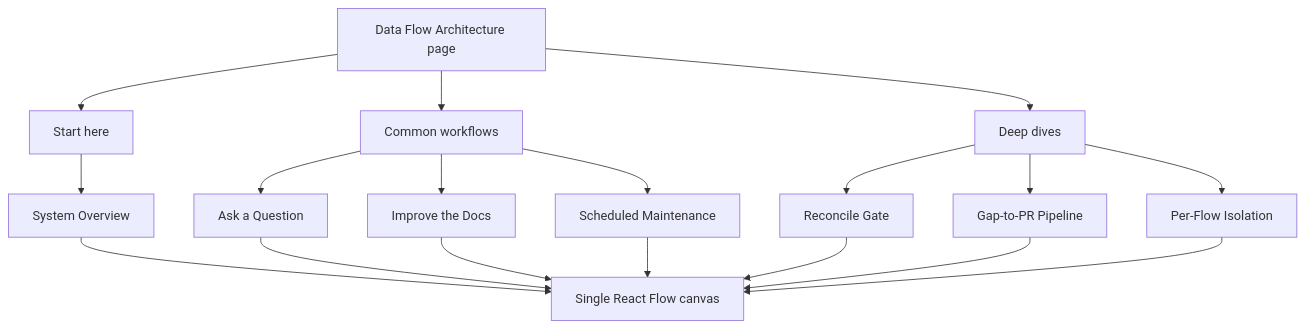
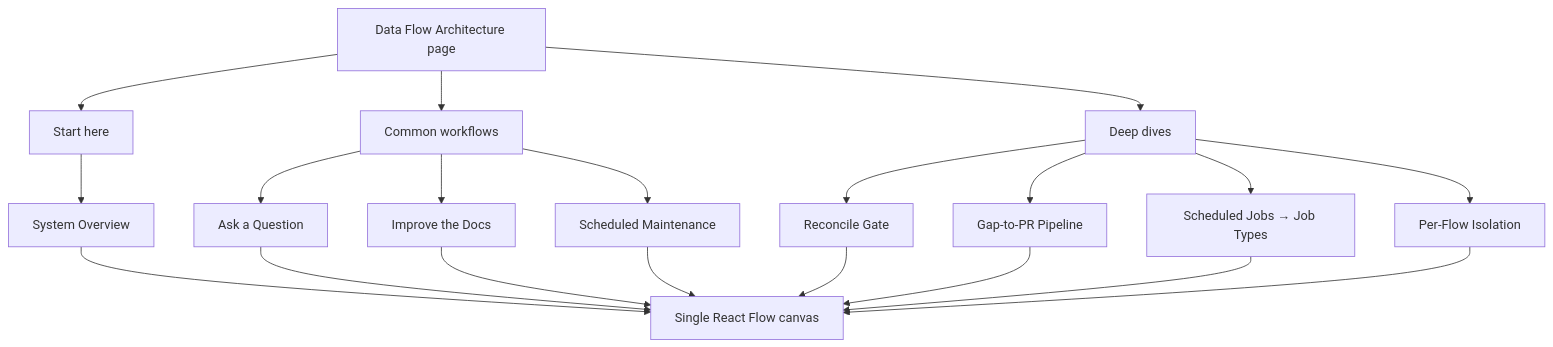
The first of 2 diagrams in docs/superpowers/specs/2026-06-29-dataflow-organization-design.md (AdamAwan/markdown-magpie), drawn with Mermaid before and after one commit. The commit also changed other lines of this file and 4 other files, not shown here.

First line of the commit message:
docs: add Scheduled Jobs → Job Types dataflow diagram + reference table

````diff
--- a/docs/superpowers/specs/2026-06-29-dataflow-organization-design.md
+++ b/docs/superpowers/specs/2026-06-29-dataflow-organization-design.md
@@ -67,23 +75,25 @@
 ```mermaid
 flowchart TB
   page["Data Flow Architecture page"]
   page --> intro["Start here"]
   page --> workflows["Common workflows"]
   page --> internals["Deep dives"]
 
   intro --> overview["System Overview"]
   workflows --> ask["Ask a Question"]
   workflows --> improve["Improve the Docs"]
   workflows --> maintenance["Scheduled Maintenance"]
   internals --> gate["Reconcile Gate"]
   internals --> gappr["Gap-to-PR Pipeline"]
+  internals --> schedules["Scheduled Jobs → Job Types"]
   internals --> perflow["Per-Flow Isolation"]
 
   overview --> canvas["Single React Flow canvas"]
   ask --> canvas
   improve --> canvas
   maintenance --> canvas
   gate --> canvas
   gappr --> canvas
+  schedules --> canvas
   perflow --> canvas
 ```
````
